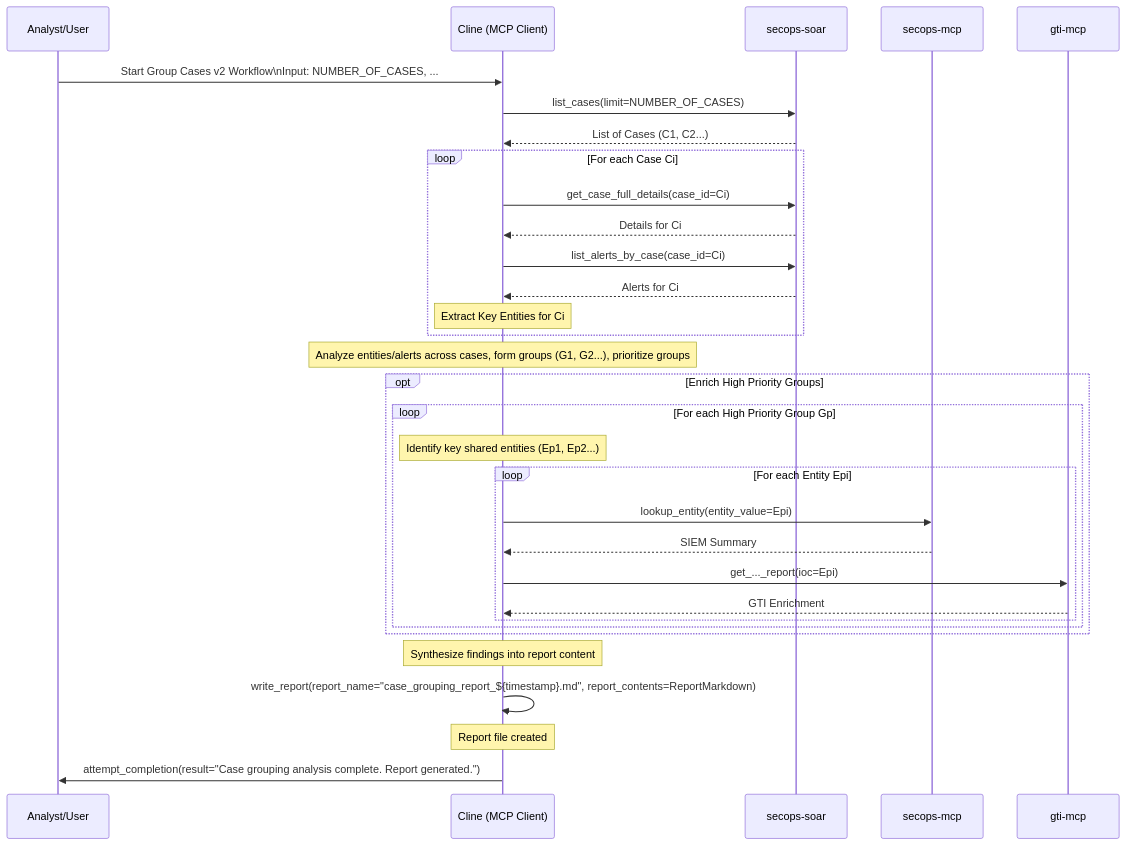
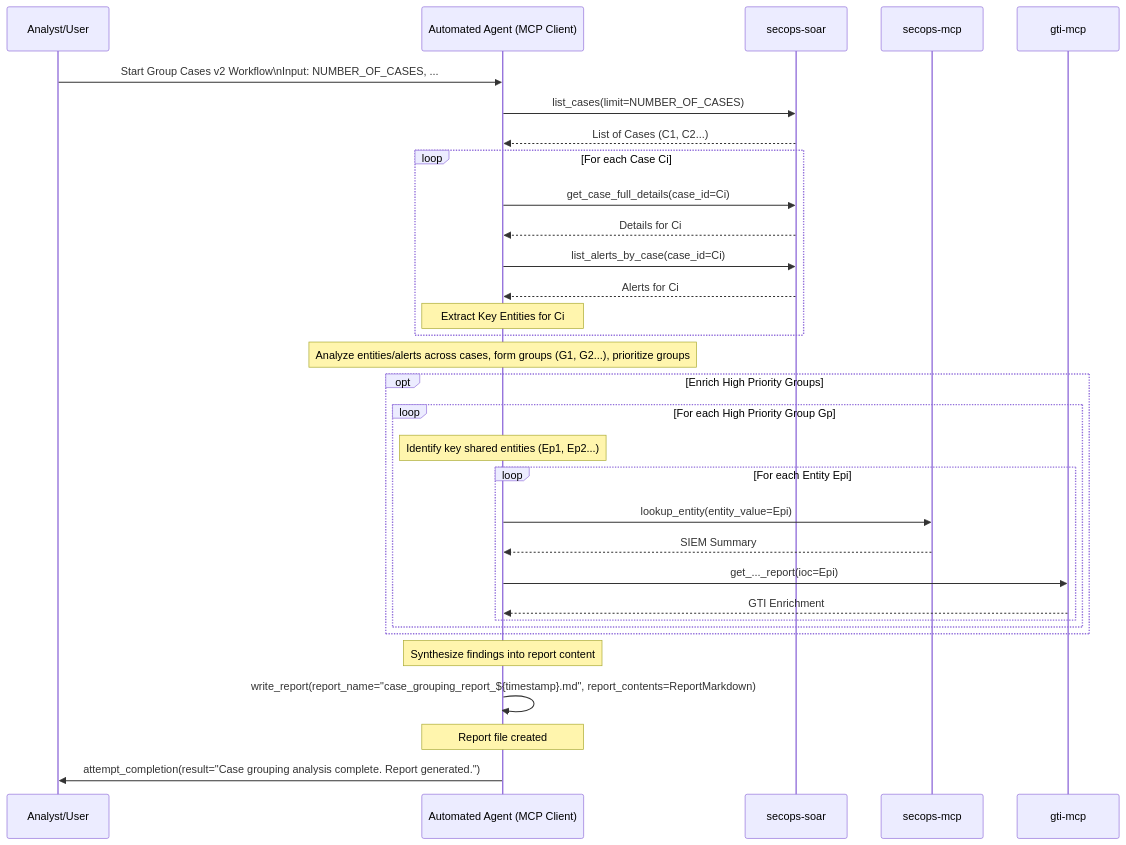
The diagram in rules-bank/run_books/group_cases_v2.md (dandye/adk_runbooks), drawn with Mermaid before and after one commit. The commit also changed 42 other files, not shown here.

````diff
--- a/rules-bank/run_books/group_cases_v2.md
+++ b/rules-bank/run_books/group_cases_v2.md
@@ -33,47 +33,47 @@
 ```{mermaid}
 sequenceDiagram
     participant Analyst/User
-    participant Cline as Cline (MCP Client)
+    participant AutomatedAgent as Automated Agent (MCP Client)
     participant SOAR as secops-soar
     participant SIEM as secops-mcp
     participant GTI as gti-mcp
 
-    Analyst/User->>Cline: Start Group Cases v2 Workflow\nInput: NUMBER_OF_CASES, ...
+    Analyst/User->>AutomatedAgent: Start Group Cases v2 Workflow\nInput: NUMBER_OF_CASES, ...
 
     %% Step 1: List Cases
-    Cline->>SOAR: list_cases(limit=NUMBER_OF_CASES)
-    SOAR-->>Cline: List of Cases (C1, C2...)
+    AutomatedAgent->>SOAR: list_cases(limit=NUMBER_OF_CASES)
+    SOAR-->>AutomatedAgent: List of Cases (C1, C2...)
 
     %% Step 2: Gather Details
     loop For each Case Ci
-        Cline->>SOAR: get_case_full_details(case_id=Ci)
-        SOAR-->>Cline: Details for Ci
-        Cline->>SOAR: list_alerts_by_case(case_id=Ci)
-        SOAR-->>Cline: Alerts for Ci
-        Note over Cline: Extract Key Entities for Ci
+        AutomatedAgent->>SOAR: get_case_full_details(case_id=Ci)
+        SOAR-->>AutomatedAgent: Details for Ci
+        AutomatedAgent->>SOAR: list_alerts_by_case(case_id=Ci)
+        SOAR-->>AutomatedAgent: Alerts for Ci
+        Note over AutomatedAgent: Extract Key Entities for Ci
     end
 
     %% Step 3 & 4: Group & Prioritize
-    Note over Cline: Analyze entities/alerts across cases, form groups (G1, G2...), prioritize groups
+    Note over AutomatedAgent: Analyze entities/alerts across cases, form groups (G1, G2...), prioritize groups
 
     %% Step 5: Enrich (Optional)
     opt Enrich High Priority Groups
         loop For each High Priority Group Gp
-            Note over Cline: Identify key shared entities (Ep1, Ep2...)
+            Note over AutomatedAgent: Identify key shared entities (Ep1, Ep2...)
             loop For each Entity Epi
-                Cline->>SIEM: lookup_entity(entity_value=Epi)
-                SIEM-->>Cline: SIEM Summary
-                Cline->>GTI: get_..._report(ioc=Epi)
-                GTI-->>Cline: GTI Enrichment
+                AutomatedAgent->>SIEM: lookup_entity(entity_value=Epi)
+                SIEM-->>AutomatedAgent: SIEM Summary
+                AutomatedAgent->>GTI: get_..._report(ioc=Epi)
+                GTI-->>AutomatedAgent: GTI Enrichment
             end
         end
     end
 
     %% Step 6: Generate Report
-    Note over Cline: Synthesize findings into report content
-    Cline->>Cline: write_report(report_name="case_grouping_report_${timestamp}.md", report_contents=ReportMarkdown)
-    Note over Cline: Report file created
+    Note over AutomatedAgent: Synthesize findings into report content
+    AutomatedAgent->>AutomatedAgent: write_report(report_name="case_grouping_report_${timestamp}.md", report_contents=ReportMarkdown)
+    Note over AutomatedAgent: Report file created
 
-    Cline->>Analyst/User: attempt_completion(result="Case grouping analysis complete. Report generated.")
+    AutomatedAgent->>Analyst/User: attempt_completion(result="Case grouping analysis complete. Report generated.")
 
 ```
````
